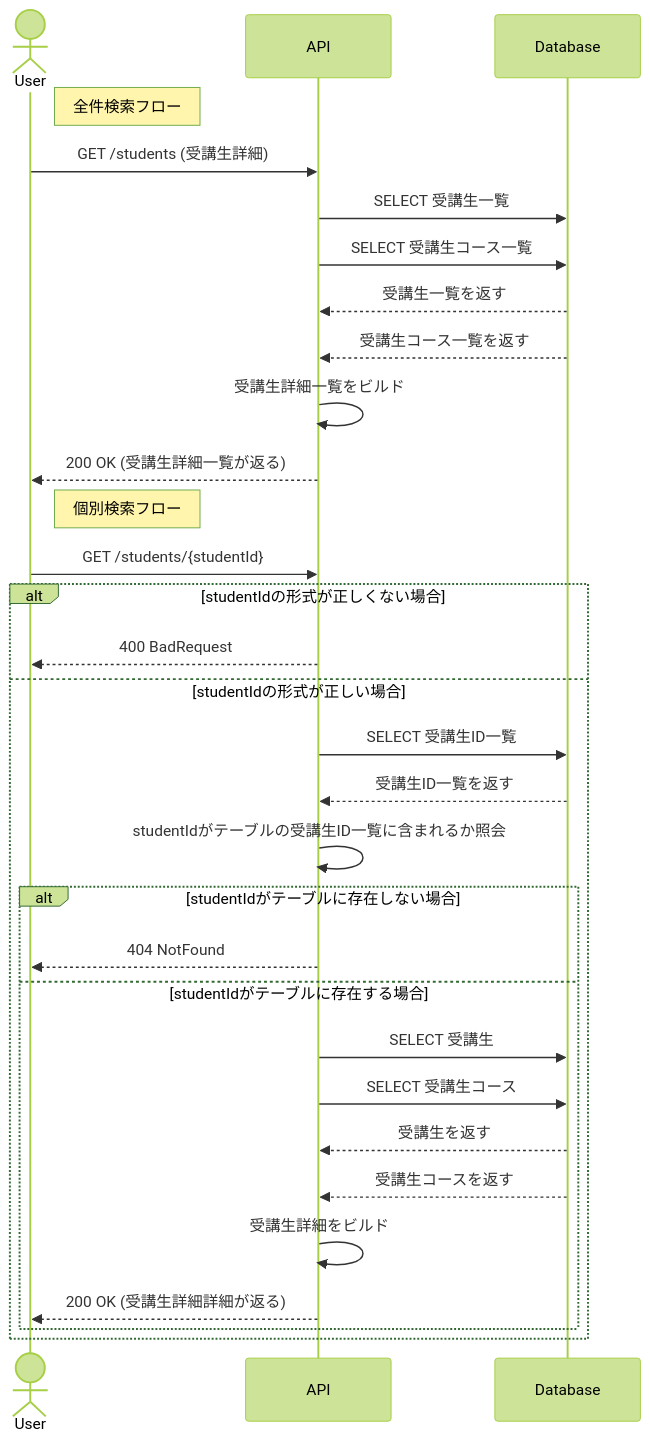
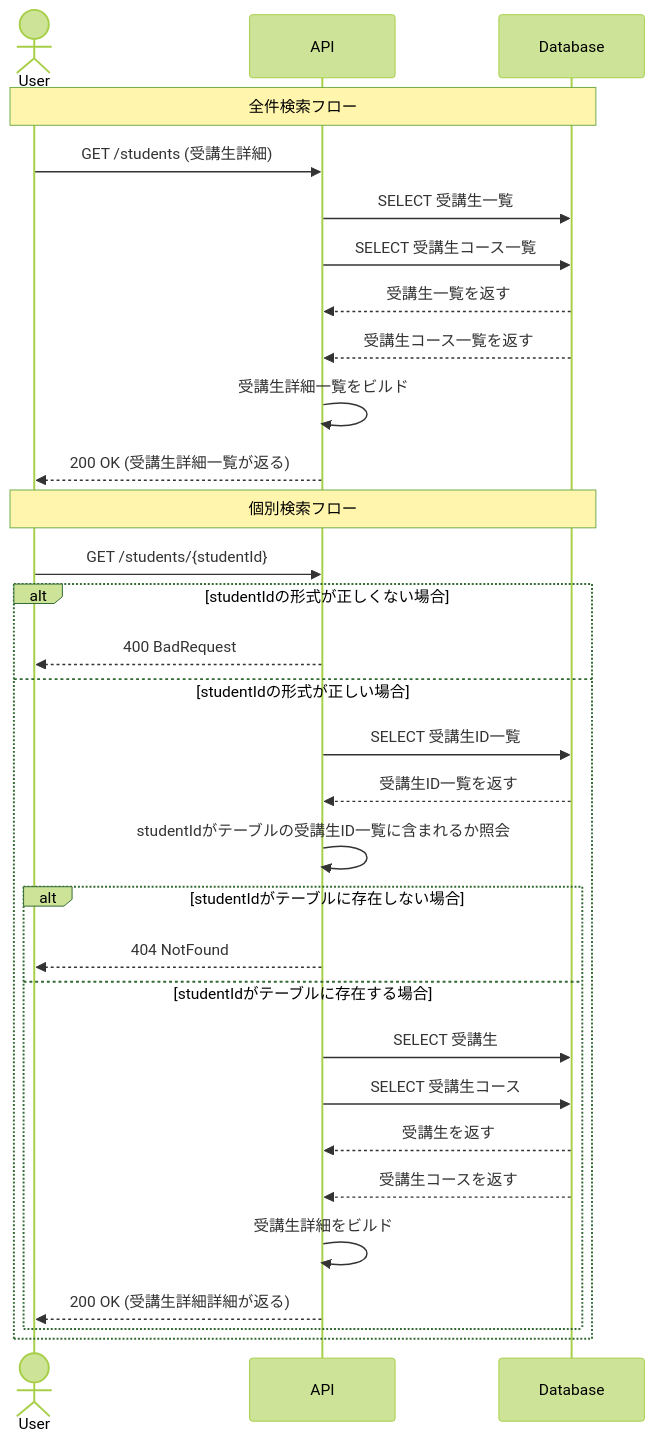
One commit to saway261/StudentManagement changed the second of 5 diagrams in README.md. Above: the diagram before and after it, drawn with Mermaid (forest theme). The commit also changed other lines of this file, not shown here.

Commit message:
docs: README修正(シーケンス図のNoteがUserからDBまでをまたがるように)

````diff
--- a/README.md
+++ b/README.md
@@ -78,34 +78,34 @@
 ```mermaid
 sequenceDiagram
     actor User
     participant API as API
     participant DB as Database
-    Note right of User: 全件検索フロー
+    Note over User, DB: 全件検索フロー
     User ->> API: GET /students (受講生詳細)
     API ->> DB: SELECT 受講生一覧
     API ->> DB: SELECT 受講生コース一覧
     DB -->> API: 受講生一覧を返す
     DB -->> API: 受講生コース一覧を返す
     API ->> API: 受講生詳細一覧をビルド
     API -->> User: 200 OK (受講生詳細一覧が返る)
-    Note right of User: 個別検索フロー
+    Note over User, DB: 個別検索フロー
     User ->> API: GET /students/{studentId}
     alt studentIdの形式が正しくない場合
         API -->> User: 400 BadRequest
     else studentIdの形式が正しい場合
         API ->> DB: SELECT 受講生ID一覧
         DB -->> API: 受講生ID一覧を返す
         API ->> API: studentIdがテーブルの受講生ID一覧に含まれるか照会
         alt studentIdがテーブルに存在しない場合
             API -->> User: 404 NotFound
         else studentIdがテーブルに存在する場合
             API ->> DB: SELECT 受講生
             API ->> DB: SELECT 受講生コース
             DB -->> API: 受講生を返す
             DB -->> API: 受講生コースを返す
             API ->> API: 受講生詳細をビルド
             API -->> User: 200 OK (受講生詳細詳細が返る)
         end
     end
 
 ```
````
